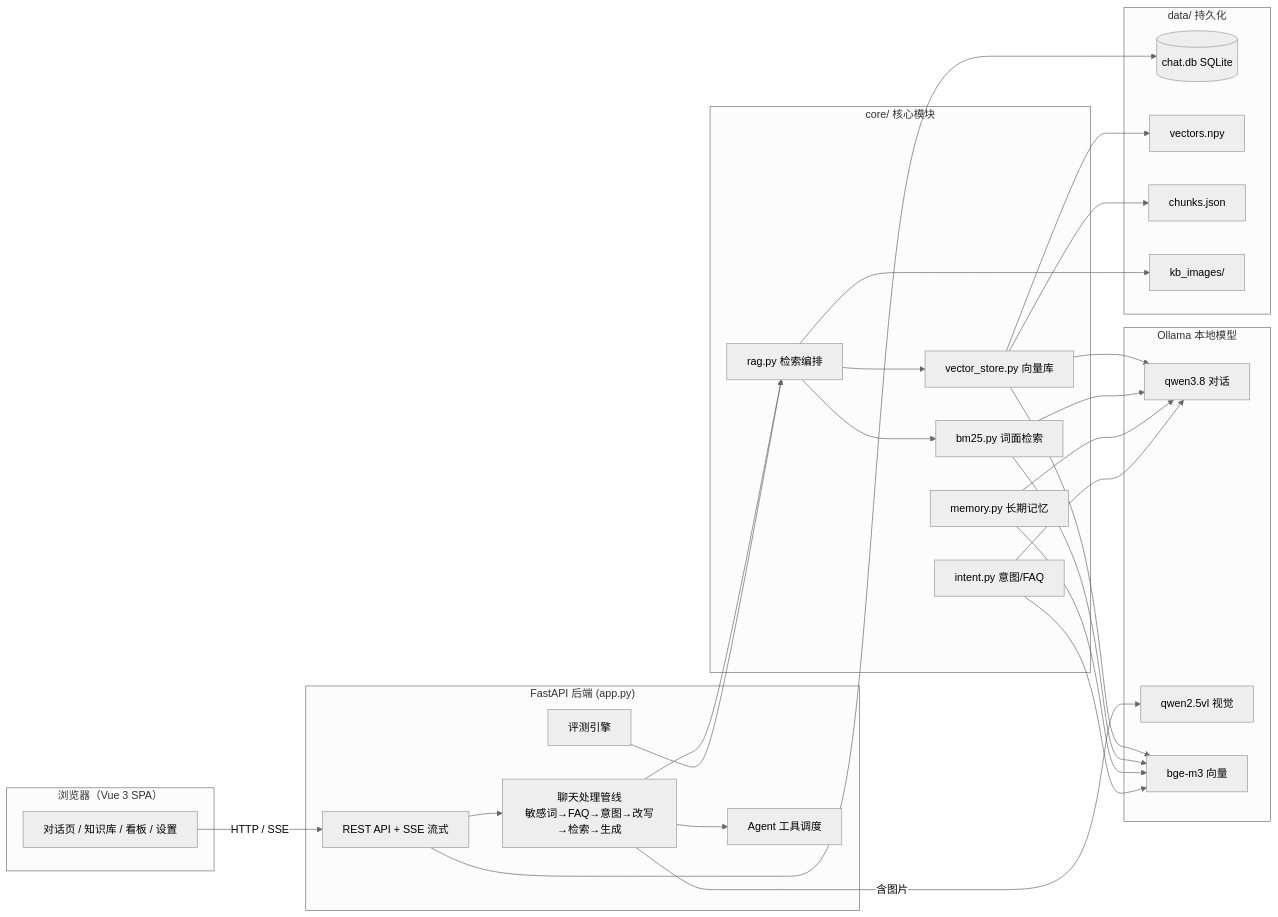
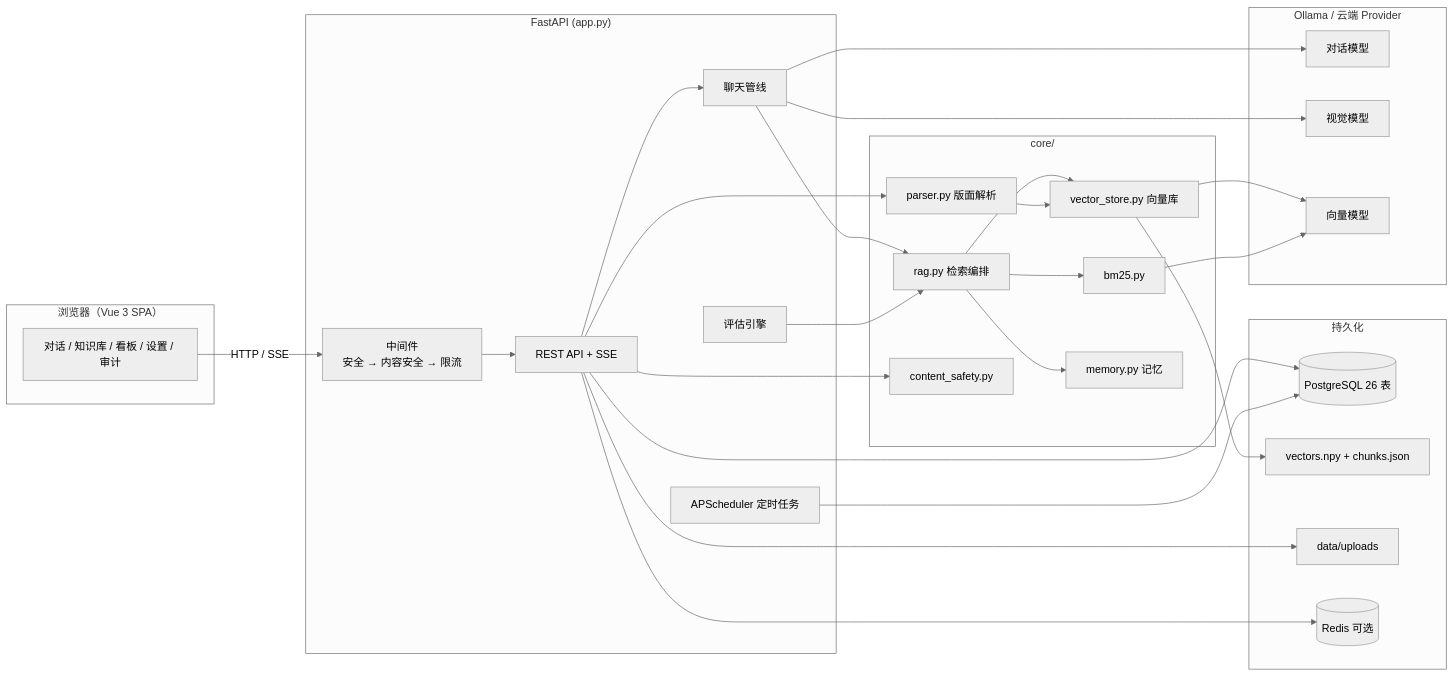
Before and after one commit to xabai/rag-customer-demo: the first of 3 diagrams in README.md, drawn with Mermaid (neutral theme). The commit also changed other lines of this file and 1 other file, not shown here.

````diff
--- a/README.md
+++ b/README.md
@@ -29,45 +67,50 @@
 ```mermaid
 flowchart LR
     subgraph 浏览器["浏览器（Vue 3 SPA）"]
-        UI[对话页 / 知识库 / 看板 / 设置]
+        UI[对话 / 知识库 / 看板 / 设置 / 审计]
     end
 
-    subgraph 后端["FastAPI 后端 (app.py)"]
-        API[REST API + SSE 流式]
-        PIPE[聊天处理管线<br/>敏感词→FAQ→意图→改写→检索→生成]
-        AGENT[Agent 工具调度]
-        EVAL[评测引擎]
+    subgraph 后端["FastAPI (app.py)"]
+        MW[中间件<br/>安全 → 内容安全 → 限流]
+        API[REST API + SSE]
+        PIPE[聊天管线]
+        EVAL[评估引擎]
+        JOB[APScheduler 定时任务]
     end
 
-    subgraph 核心["core/ 核心模块"]
+    subgraph 核心["core/"]
         RAG[rag.py 检索编排]
         VS[vector_store.py 向量库]
-        BM[bm25.py 词面检索]
-        MEM[memory.py 长期记忆]
-        INT[intent.py 意图/FAQ]
+        BM[bm25.py]
+        PARSER[parser.py 版面解析]
+        MEM[memory.py 记忆]
+        CS[content_safety.py]
     end
 
-    subgraph Ollama["Ollama 本地模型"]
-        LLM[qwen3.8 对话]
-        VL[qwen2.5vl 视觉]
-        EMB[bge-m3 向量]
+    subgraph 数据["持久化"]
+        PG[(PostgreSQL 26 表)]
+        VEC[vectors.npy + chunks.json]
+        FILES[data/uploads]
+        REDIS[(Redis 可选)]
     end
 
-    subgraph 存储["data/ 持久化"]
-        DB[(chat.db SQLite)]
-        VEC[vectors.npy]
-        CHK[chunks.json]
-        IMG[kb_images/]
+    subgraph 模型["Ollama / 云端 Provider"]
+        LLM[对话模型]
+        VL[视觉模型]
+        EMB[向量模型]
     end
 
-    UI -->|HTTP / SSE| API
-    API --> PIPE --> RAG
-    PIPE --> AGENT
-    RAG --> VS & BM
-    VS & BM & MEM & INT --> EMB & LLM
-    PIPE -->|含图片| VL
-    API --> DB
-    VS --> VEC & CHK
-    RAG --> IMG
+    UI -->|HTTP / SSE| MW --> API --> PIPE
+    PIPE --> RAG --> VS & BM
+    RAG --> MEM
+    API --> PARSER --> VS
+    API --> CS
+    PIPE --> LLM & VL
+    VS & BM --> EMB
+    API --> PG
+    API --> REDIS
+    VS --> VEC
+    API --> FILES
+    JOB --> PG
     EVAL --> RAG
 ```
````
